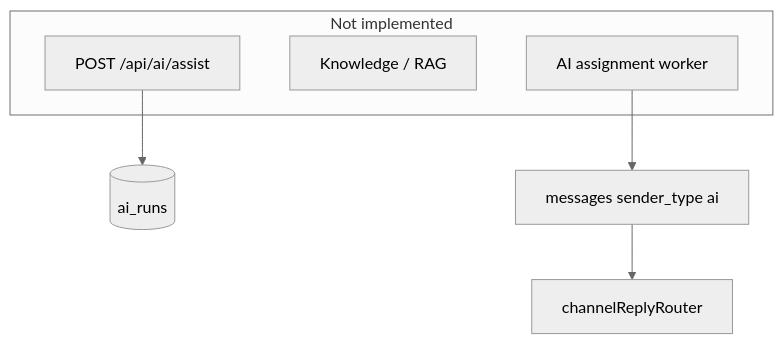
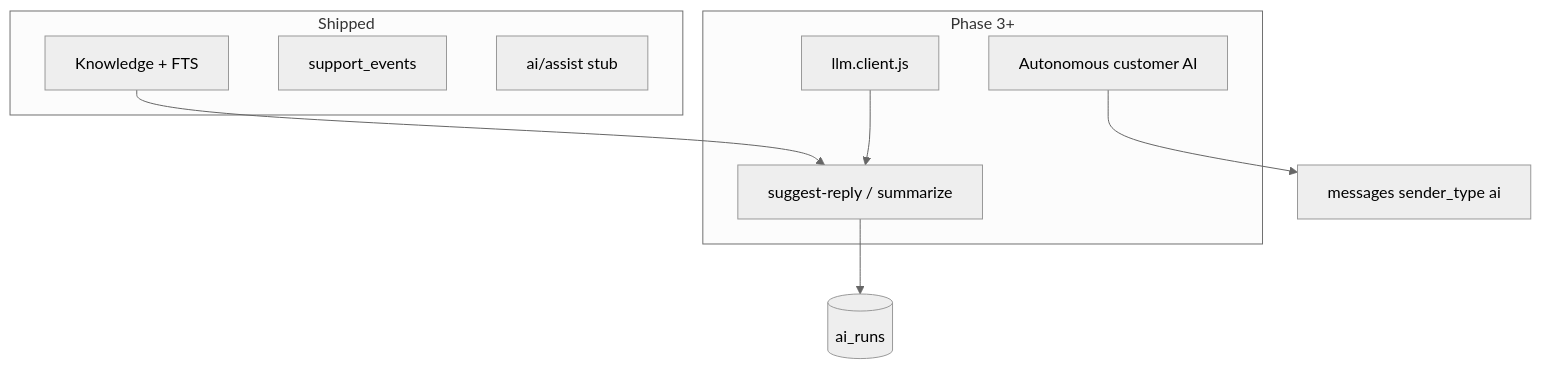
The diagram in docs/features/ai-capabilities.md (108aryanmaurya/AI-Support-System), drawn with Mermaid (neutral theme) before and after one commit. The commit also changed other lines of this file and 66 other files, not shown here.

````diff
--- a/docs/features/ai-capabilities.md
+++ b/docs/features/ai-capabilities.md
@@ -20,11 +21,17 @@
 ```mermaid
 flowchart TB
-  subgraph future [Not implemented]
-    Assist[POST /api/ai/assist]
-    RAG[Knowledge / RAG]
-    Worker[AI assignment worker]
+  subgraph shipped [Shipped]
+    KB[Knowledge + FTS]
+    Events[support_events]
+    Stub[ai/assist stub]
   end
-  Assist --> ai_runs[(ai_runs)]
-  Worker --> Messages[messages sender_type ai]
-  Messages --> Router[channelReplyRouter]
+  subgraph future [Phase 3+]
+    LLM[llm.client.js]
+    Copilot[suggest-reply / summarize]
+    AutoAI[Autonomous customer AI]
+  end
+  KB --> Copilot
+  LLM --> Copilot
+  Copilot --> ai_runs[(ai_runs)]
+  AutoAI --> Messages[messages sender_type ai]
 ```
````
